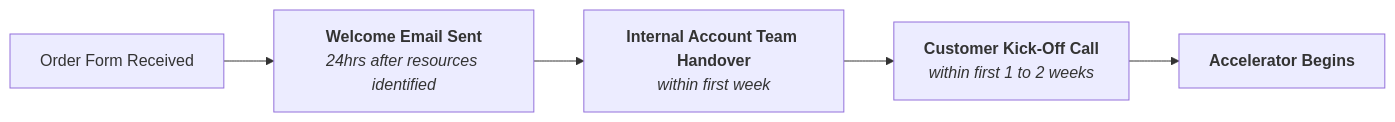
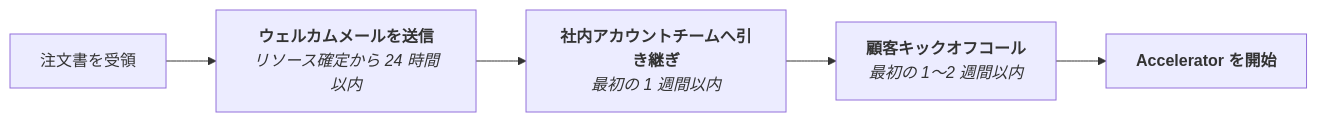
Before and after one commit to kyama0/gitlab-handbook-ja: the diagram in content/handbook/customer-experience/success-services/_index.md, drawn with Mermaid. The commit also changed 12 other files, not shown here.

````diff
--- a/content/handbook/customer-experience/success-services/_index.md
+++ b/content/handbook/customer-experience/success-services/_index.md
@@ -104,7 +104,7 @@
 ```mermaid
 graph LR
-    A[Order Form Received] --> B[<b>Welcome Email Sent</b><br><i>24hrs after resources identified</i>]
-    B --> C[<b>Internal Account Team Handover</b><br><i>within first week</i>]
-    C --> D[<b>Customer Kick-Off Call</b><br><i>within first 1 to 2 weeks</i>]
-    D --> E[<b>Accelerator Begins]
+    A[注文書を受領] --> B[<b>ウェルカムメールを送信</b><br><i>リソース確定から 24 時間以内</i>]
+    B --> C[<b>社内アカウントチームへ引き継ぎ</b><br><i>最初の 1 週間以内</i>]
+    C --> D[<b>顧客キックオフコール</b><br><i>最初の 1～2 週間以内</i>]
+    D --> E[<b>Accelerator を開始]
 ```
````
